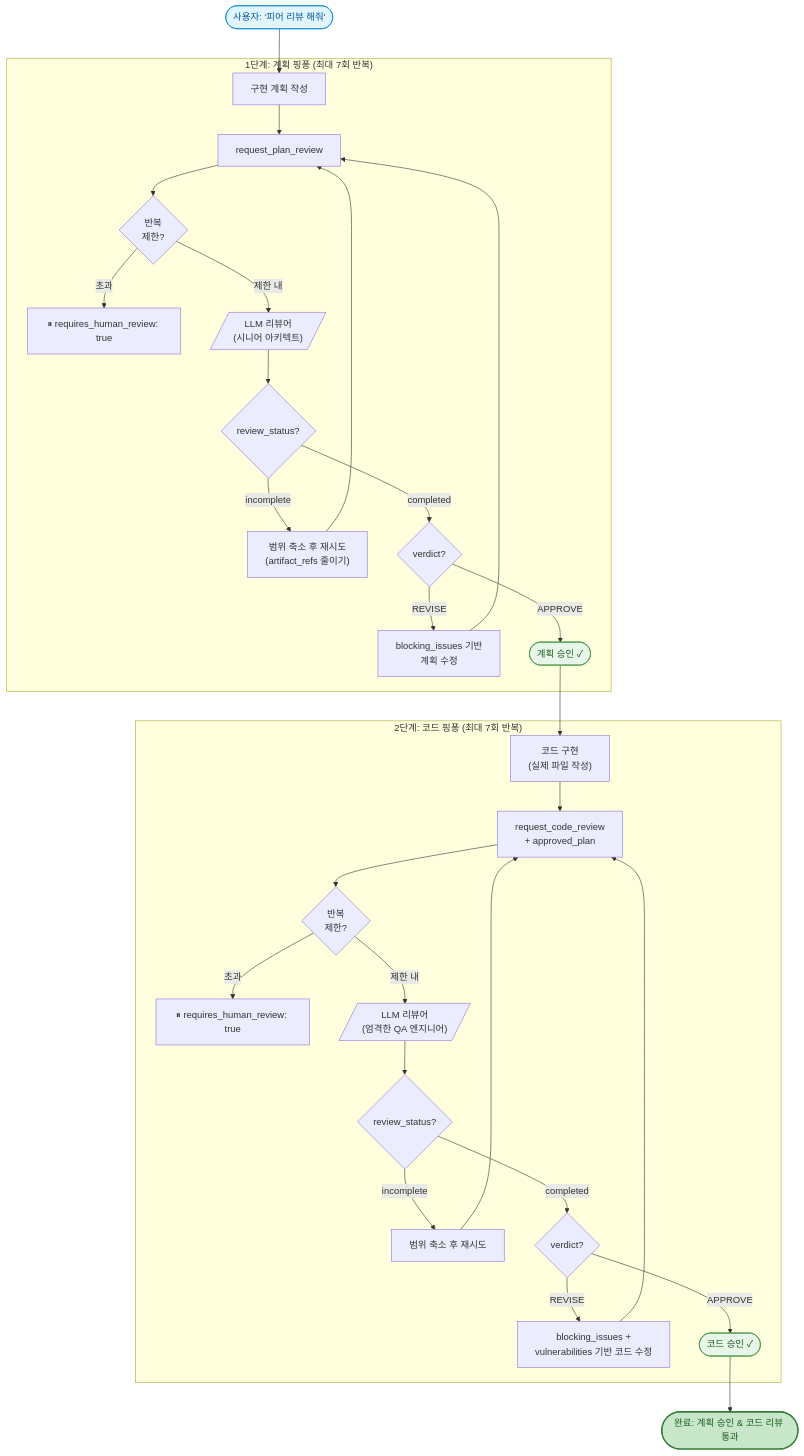
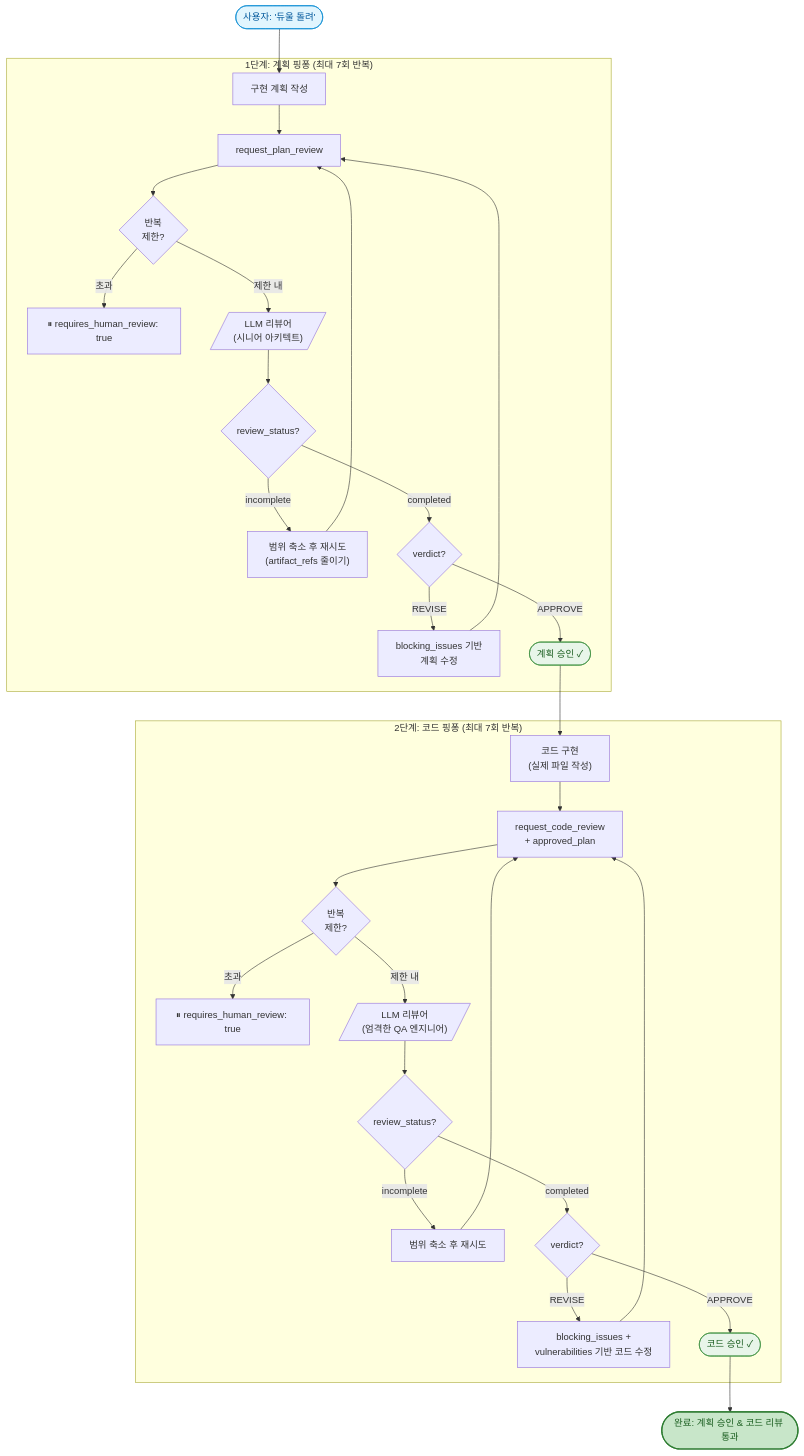
Before and after one commit to Planningo/duul: the first of 4 diagrams in README.ko.md, drawn with Mermaid. The commit also changed other lines of this file and 13 other files, not shown here.

````diff
--- a/README.ko.md
+++ b/README.ko.md
@@ -24,40 +24,40 @@
 ```mermaid
 flowchart TD
-    Start(["사용자: '피어 리뷰 해줘'"]):::trigger --> Plan["구현 계획 작성"]
+    Start(["사용자: '듀울 돌려'"]):::trigger --> Plan["구현 계획 작성"]
 
     subgraph Phase1["1단계: 계획 핑퐁 (최대 7회 반복)"]
         Plan --> PR["request_plan_review"]
         PR --> IterCheck1{반복\n제한?}
         IterCheck1 -- "초과" --> Human1["⏸ requires_human_review: true"]
         IterCheck1 -- "제한 내" --> Review1[/"LLM 리뷰어\n(시니어 아키텍트)"/]
         Review1 --> Status1{review_status?}
         Status1 -- "incomplete" --> Narrow1["범위 축소 후 재시도\n(artifact_refs 줄이기)"]
         Narrow1 --> PR
         Status1 -- "completed" --> Verdict1{verdict?}
         Verdict1 -- "REVISE" --> Fix1["blocking_issues 기반\n계획 수정"]
         Fix1 --> PR
         Verdict1 -- "APPROVE" --> PlanOK(["계획 승인 ✓"]):::approved
     end
 
     PlanOK --> Impl["코드 구현\n(실제 파일 작성)"]
 
     subgraph Phase2["2단계: 코드 핑퐁 (최대 7회 반복)"]
         Impl --> CR["request_code_review\n+ approved_plan"]
         CR --> IterCheck2{반복\n제한?}
         IterCheck2 -- "초과" --> Human2["⏸ requires_human_review: true"]
         IterCheck2 -- "제한 내" --> Review2[/"LLM 리뷰어\n(엄격한 QA 엔지니어)"/]
         Review2 --> Status2{review_status?}
         Status2 -- "incomplete" --> Narrow2["범위 축소 후 재시도"]
         Narrow2 --> CR
         Status2 -- "completed" --> Verdict2{verdict?}
         Verdict2 -- "REVISE" --> Fix2["blocking_issues +\nvulnerabilities 기반 코드 수정"]
         Fix2 --> CR
         Verdict2 -- "APPROVE" --> CodeOK(["코드 승인 ✓"]):::approved
     end
 
     CodeOK --> Done(["완료: 계획 승인 & 코드 리뷰 통과"]):::done
 
     classDef trigger fill:#e1f5fe,stroke:#0288d1,color:#01579b
     classDef approved fill:#e8f5e9,stroke:#388e3c,color:#1b5e20
     classDef done fill:#c8e6c9,stroke:#2e7d32,color:#1b5e20,stroke-width:2px
 ```
````
